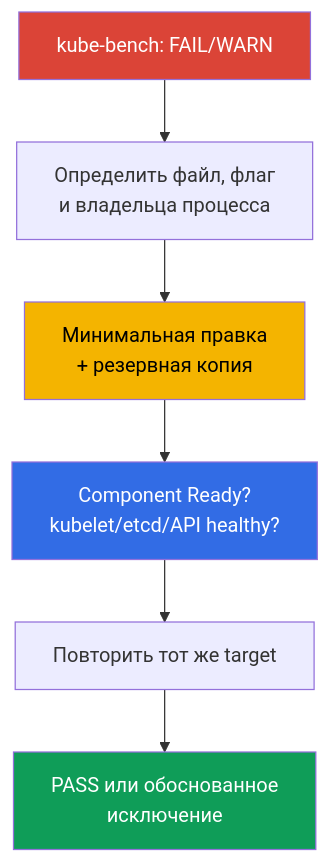
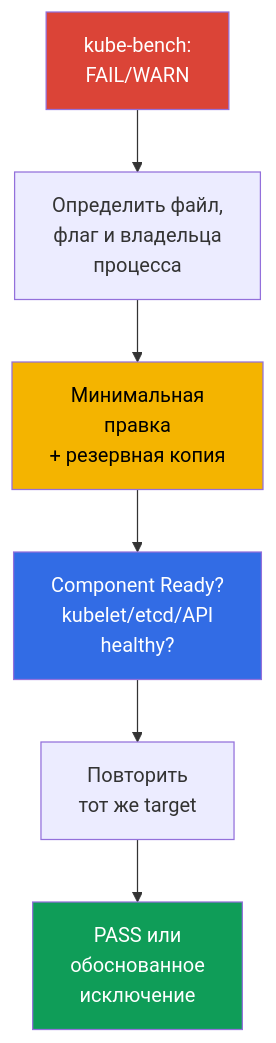
One commit to ViktorUJ/cks changed the second of 2 diagrams in tasks/cks/course/07/ru.md. Above: the diagram before and after it, drawn with Mermaid. The commit also changed other lines of this file and 6 other files, not shown here.

````diff
--- a/tasks/cks/course/07/ru.md
+++ b/tasks/cks/course/07/ru.md
@@ -555,12 +606,12 @@
 ```mermaid
 flowchart TB
-    report["kube-bench: FAIL/WARN"] --> locate["Определить файл, флаг<br/>и владельца процесса"]
-    locate --> change["Минимальная правка<br/>+ резервная копия"]
-    change --> health["Component Ready?<br/>kubelet/etcd/API healthy?"]
-    health --> rerun["Повторить тот же target"]
-    rerun --> pass["PASS или обоснованное<br/>исключение"]
+    report["kube-bench:<br/>FAIL/WARN"] --> locate["Определить файл,<br/>флаг и владельца<br/>процесса"]
+    locate --> change["Минимальная<br/>правка<br/>+ резервная копия"]
+    change --> health["Component Ready?<br/>kubelet/etcd/API<br/>healthy?"]
+    health --> rerun["Повторить<br/>тот же target"]
+    rerun --> pass["PASS или<br/>обоснованное<br/>исключение"]
     style report fill:#db4437,color:#fff
     style change fill:#f4b400,color:#000
     style health fill:#326ce5,color:#fff
     style pass fill:#0f9d58,color:#fff
 ```
````
